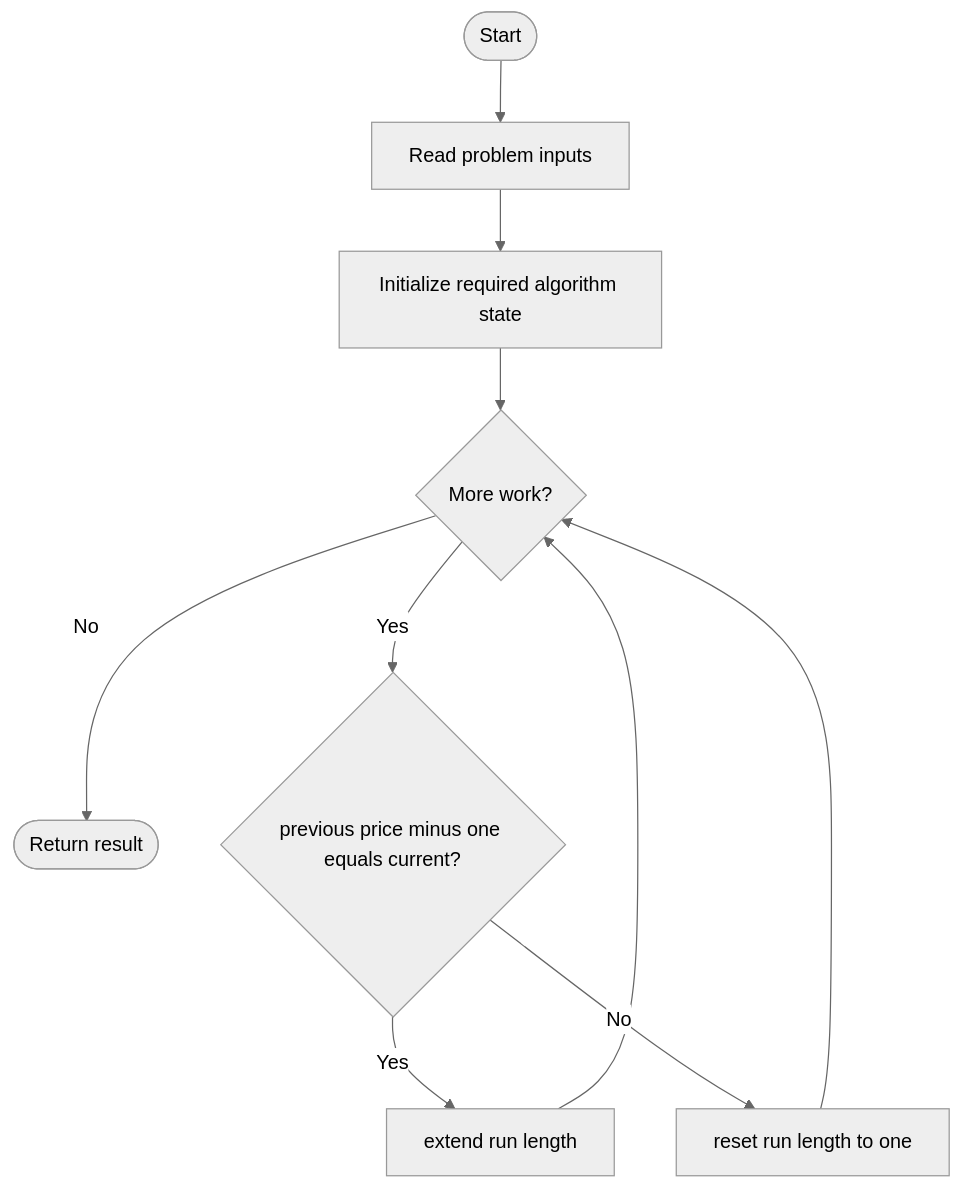
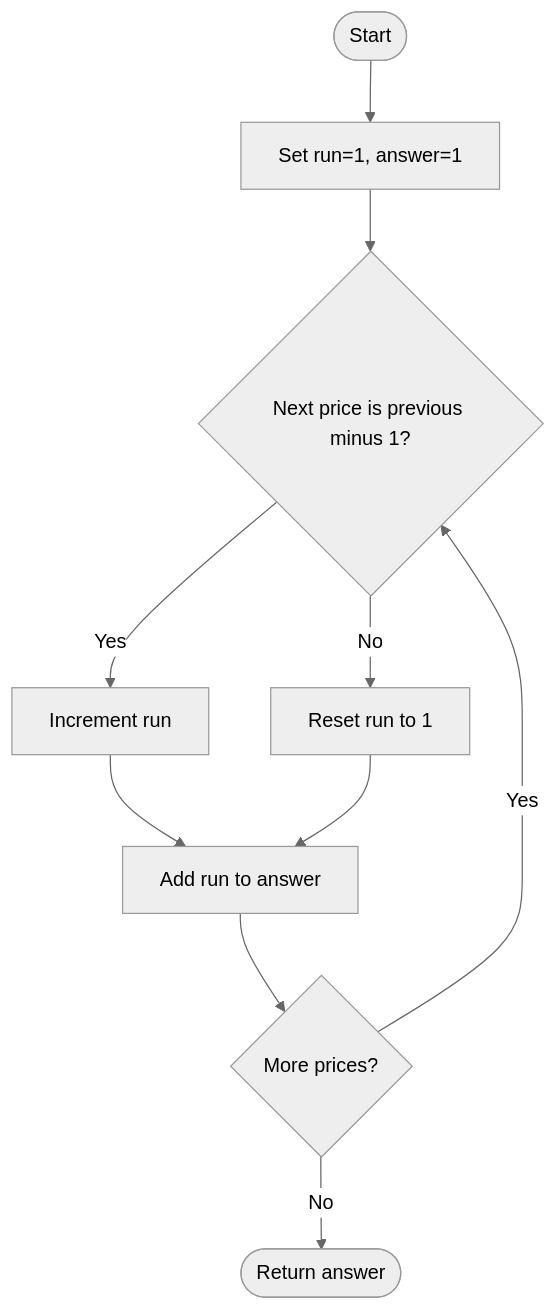
The diagram in LeetCode/2110/README.md (SAIDEEPBHANGE/C-CPP-Codes), drawn with Mermaid (neutral theme) before and after one commit. The commit also changed other lines of this file and 196 other files, not shown here.

````diff
--- a/LeetCode/2110/README.md
+++ b/LeetCode/2110/README.md
@@ -13,12 +32,12 @@
 ```mermaid
 flowchart TD
-    A([Start]) --> B[Read problem inputs]
-    B --> C[Initialize required algorithm state]
-    C --> D{More work?}
-    D -- No --> Z([Return result])
-    D -- Yes --> E{previous price minus one equals current?}
-    E -- Yes --> F[extend run length]
-    E -- No --> G[reset run length to one]
-    F --> D
-    G --> D
+    A([Start]) --> B[Set run=1, answer=1]
+    B --> C{Next price is previous minus 1?}
+    C -- Yes --> D[Increment run]
+    C -- No --> E[Reset run to 1]
+    D --> F[Add run to answer]
+    E --> F
+    F --> G{More prices?}
+    G -- Yes --> C
+    G -- No --> Z([Return answer])
 ```
````
